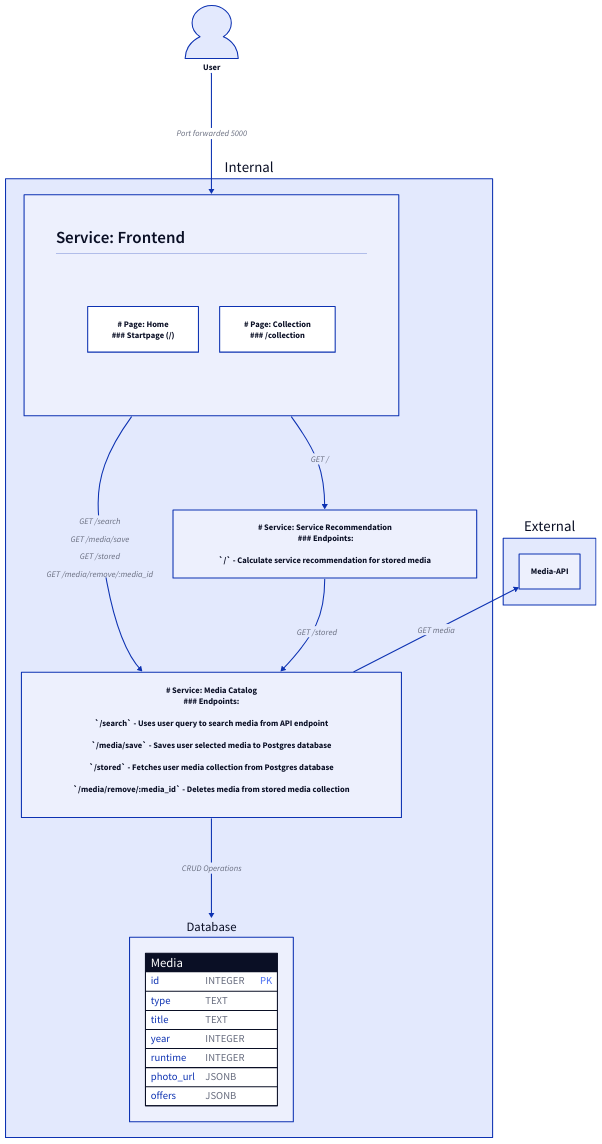
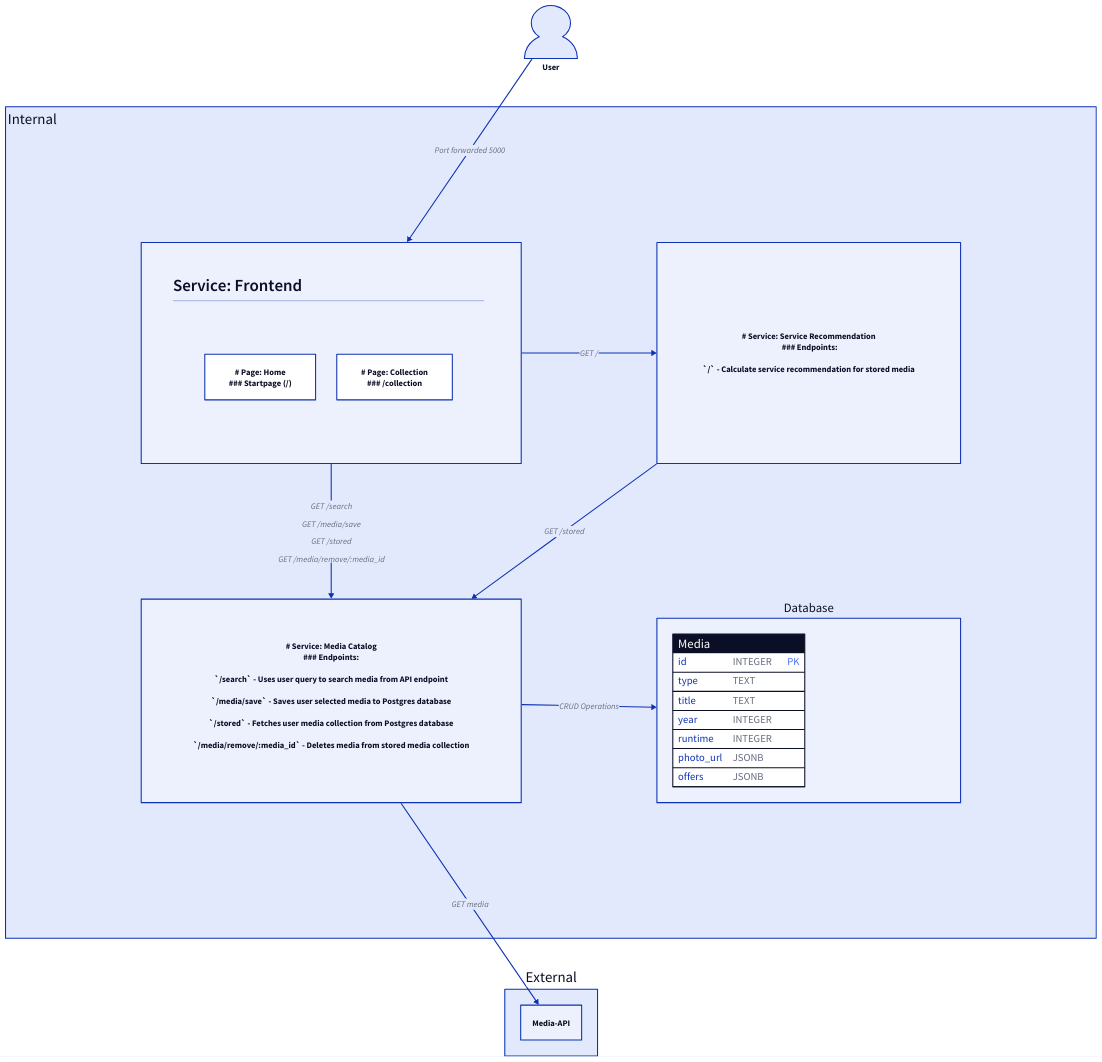
The diagram in diagrams/src/architecture.d2 (Adam-Mattsson/PA2577-Build-Something), drawn with D2 before and after one commit.

Commit message:
Updated architecture diagram

```diff
--- a/diagrams/src/architecture.d2
+++ b/diagrams/src/architecture.d2
@@ -1,96 +1,99 @@
-direction: down
+direction: right
 
 User: {
   shape: person
   width: 100
   height: 100
 }
 
 Internal: {
+  grid-columns: 2
+  grid-rows: 2
+  grid-gap: 256
+  label.near: top-left
   Frontend: {
     label: ""
     grid-rows: 2
 
     Data: |md
       # Service: Frontend
     |
 
     pages: {
       label: ""
       grid-columns: 2
       style.fill: transparent
       style.stroke-width: 0
 
       frontend-home: |md
         # Page: Home
         ### Startpage (/)
       |
       frontend-collection: |md
         # Page: Collection
         ### /collection
       |
       frontend-home.shape: rectangle
       frontend-collection.shape: rectangle
     }
   }
   Frontend.shape: rectangle
 
   media-catalog: |md
     # Service: Media Catalog
     ### Endpoints:
 
     `/search` - Uses user query to search media from API endpoint
 
     `/media/save` - Saves user selected media to Postgres database
 
     `/stored` - Fetches user media collection from Postgres database
 
     `/media/remove/:media_id` - Deletes media from stored media collection
 
   |
   media-catalog.shape: rectangle
 
   service-recommendation: |md
      # Service: Service Recommendation
      ### Endpoints:
      
     `/` - Calculate service recommendation for stored media
   |
   service-recommendation.shape: rectangle
 
   Database: {
     Media: {
       shape: sql_table
       id: INTEGER {constraint: [primary_key]}
       type: TEXT
       title: TEXT
       year: INTEGER
       runtime: INTEGER
       photo_url: JSONB
       offers: JSONB
     }
   }
   Database.shape: rectangle
 
   Frontend -> media-catalog: |md
     GET /search
 
     GET /media/save
 
     GET /stored
 
     GET /media/remove/:media_id
   |
   Frontend -> service-recommendation: GET /
   service-recommendation -> media-catalog: GET /stored
   media-catalog -> Database: CRUD Operations
 }
 
 External: {
-  near: center-right
   Media-API
 }
 
 Internal.media-catalog -> External.Media-API: GET media
 
 User -> Internal.Frontend: Port forwarded 5000
```
